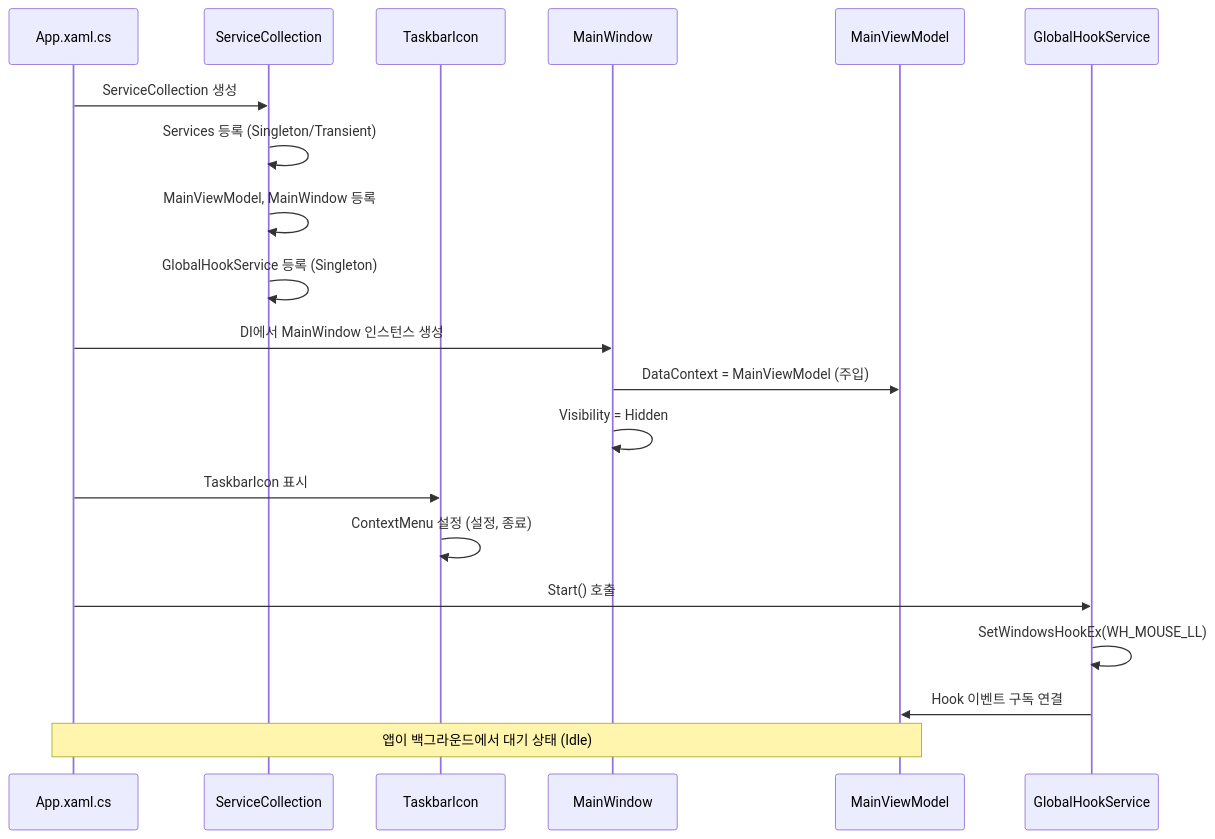
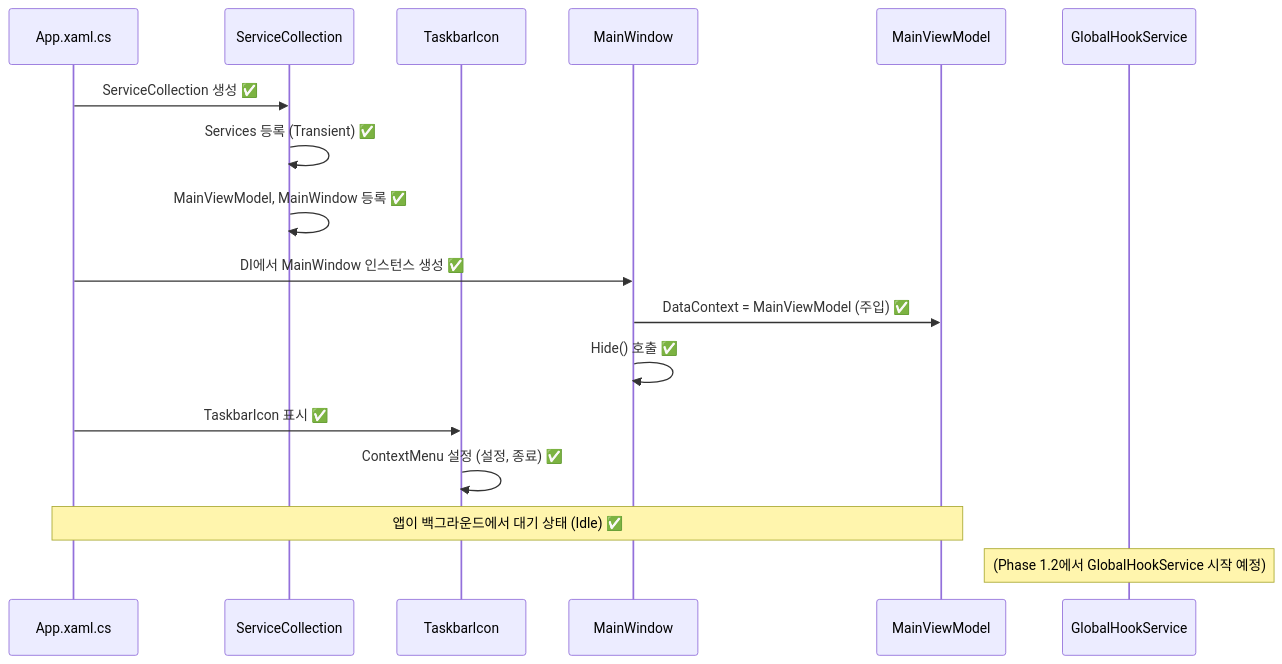
One commit to dreamwars99/AI_mouse changed the second of 4 diagrams in md/Architecture.md. Above: the diagram before and after it, drawn with Mermaid. The commit also changed other lines of this file and 6 other files, not shown here.

````diff
--- a/md/Architecture.md
+++ b/md/Architecture.md
@@ -76,27 +76,24 @@
 ```mermaid
 sequenceDiagram
     participant App as App.xaml.cs
     participant DI as ServiceCollection
     participant Tray as TaskbarIcon
     participant MainWindow
     participant VM as MainViewModel
     participant Hook as GlobalHookService
 
-    App->>DI: ServiceCollection 생성
-    DI->>DI: Services 등록 (Singleton/Transient)
-    DI->>DI: MainViewModel, MainWindow 등록
-    DI->>DI: GlobalHookService 등록 (Singleton)
+    App->>DI: ServiceCollection 생성 ✅
+    DI->>DI: Services 등록 (Transient) ✅
+    DI->>DI: MainViewModel, MainWindow 등록 ✅
     
-    App->>MainWindow: DI에서 MainWindow 인스턴스 생성
-    MainWindow->>VM: DataContext = MainViewModel (주입)
-    MainWindow->>MainWindow: Visibility = Hidden
+    App->>MainWindow: DI에서 MainWindow 인스턴스 생성 ✅
+    MainWindow->>VM: DataContext = MainViewModel (주입) ✅
+    MainWindow->>MainWindow: Hide() 호출 ✅
     
-    App->>Tray: TaskbarIcon 표시
-    Tray->>Tray: ContextMenu 설정 (설정, 종료)
+    App->>Tray: TaskbarIcon 표시 ✅
+    Tray->>Tray: ContextMenu 설정 (설정, 종료) ✅
     
-    App->>Hook: Start() 호출
-    Hook->>Hook: SetWindowsHookEx(WH_MOUSE_LL)
-    Hook->>VM: Hook 이벤트 구독 연결
+    Note over App,VM: 앱이 백그라운드에서 대기 상태 (Idle) ✅
     
-    Note over App,VM: 앱이 백그라운드에서 대기 상태 (Idle)
+    Note over Hook: (Phase 1.2에서 GlobalHookService 시작 예정)
 ```
````
